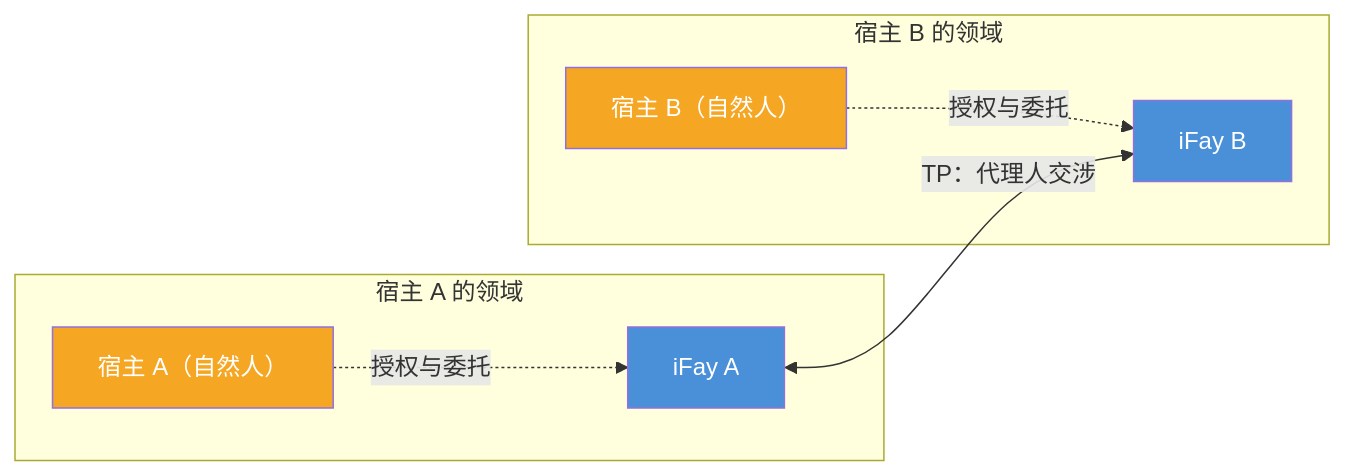
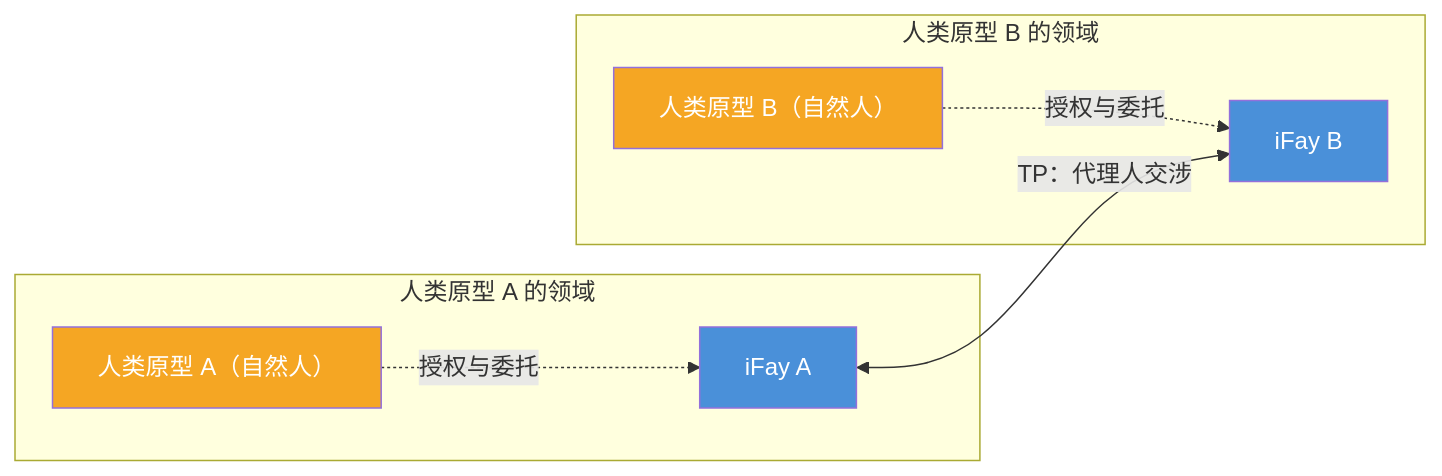
One commit to ChainModePilot/Telepathy-Protocol changed the second of 2 diagrams in docs/zh-CN/blueprint/1-为什么需要TP.md. Above: the diagram before and after it, drawn with Mermaid. The commit also changed other lines of this file and 68 other files, not shown here.

````diff
--- a/docs/zh-CN/blueprint/1-为什么需要TP.md
+++ b/docs/zh-CN/blueprint/1-为什么需要TP.md
@@ -76,21 +76,21 @@
 ```mermaid
 graph LR
-    subgraph "宿主 A 的领域"
-        HA["宿主 A（自然人）"]
+    subgraph "人类原型 A 的领域"
+        HA["人类原型 A（自然人）"]
         FA["iFay A"]
         HA -.->|"授权与委托"| FA
     end
 
-    subgraph "宿主 B 的领域"
-        HB["宿主 B（自然人）"]
+    subgraph "人类原型 B 的领域"
+        HB["人类原型 B（自然人）"]
         FB["iFay B"]
         HB -.->|"授权与委托"| FB
     end
 
     FA <-->|"TP：代理人交涉"| FB
 
     style FA fill:#4A90D9,color:#fff
     style FB fill:#4A90D9,color:#fff
     style HA fill:#F5A623,color:#fff
     style HB fill:#F5A623,color:#fff
 ```
````
